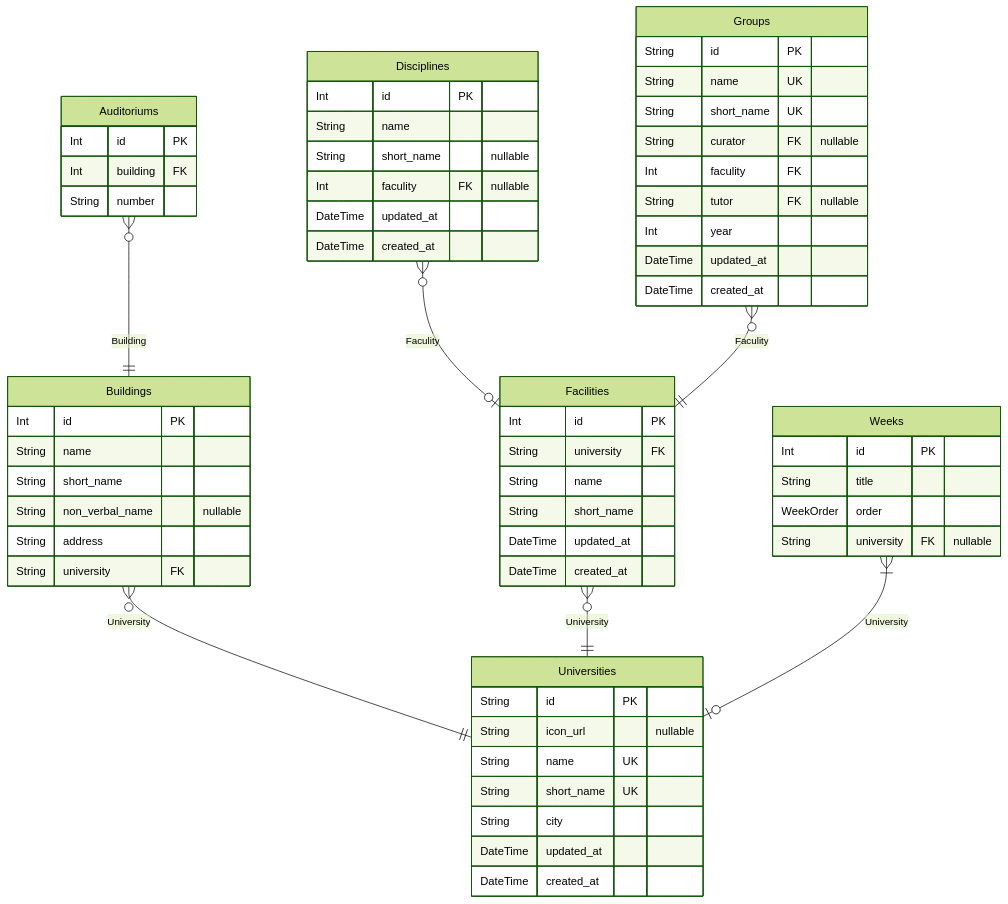
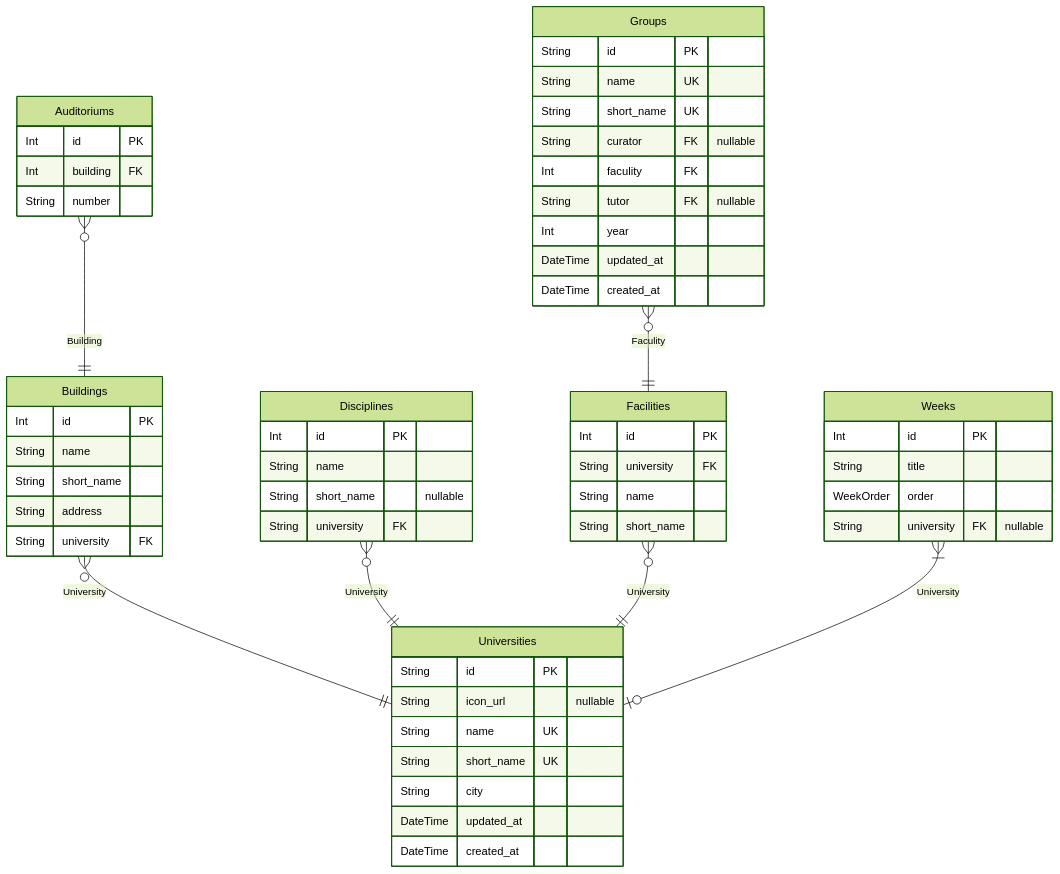
One commit to NeatDeveloper/Thodle changed the second of 4 diagrams in packages/db/prisma/ThodleDatabase.md. Above: the diagram before and after it, drawn with Mermaid (forest theme). The commit also changed other lines of this file and 19 other files, not shown here.

````diff
--- a/packages/db/prisma/ThodleDatabase.md
+++ b/packages/db/prisma/ThodleDatabase.md
@@ -161,64 +161,59 @@
 ```mermaid
 erDiagram
 "Auditoriums" {
   Int id PK
   Int building FK
   String number
 }
 "Buildings" {
   Int id PK
   String name
   String short_name
-  String non_verbal_name "nullable"
   String address
   String university FK
 }
 "Disciplines" {
   Int id PK
   String name
   String short_name "nullable"
-  Int faculity FK "nullable"
-  DateTime updated_at
-  DateTime created_at
+  String university FK
 }
 "Facilities" {
   Int id PK
   String university FK
   String name
   String short_name
-  DateTime updated_at
-  DateTime created_at
 }
 "Groups" {
   String id PK
   String name UK
   String short_name UK
   String curator FK "nullable"
   Int faculity FK
   String tutor FK "nullable"
   Int year
   DateTime updated_at
   DateTime created_at
 }
 "Universities" {
   String id PK
   String icon_url "nullable"
   String name UK
   String short_name UK
   String city
   DateTime updated_at
   DateTime created_at
 }
 "Weeks" {
   Int id PK
   String title
   WeekOrder order
   String university FK "nullable"
 }
 "Auditoriums" }o--|| "Buildings" : Building
 "Buildings" }o--|| "Universities" : University
-"Disciplines" }o--o| "Facilities" : Faculity
+"Disciplines" }o--|| "Universities" : University
 "Facilities" }o--|| "Universities" : University
 "Groups" }o--|| "Facilities" : Faculity
 "Weeks" }|--o| "Universities" : University
 ```
````
